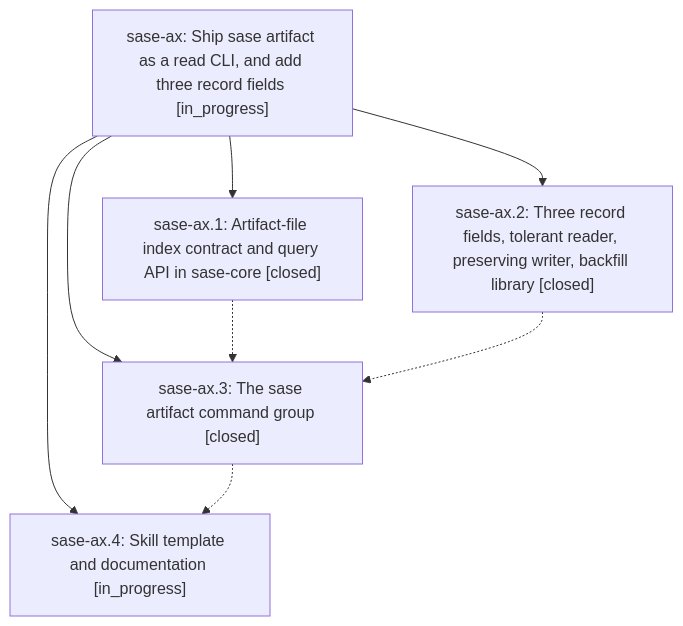
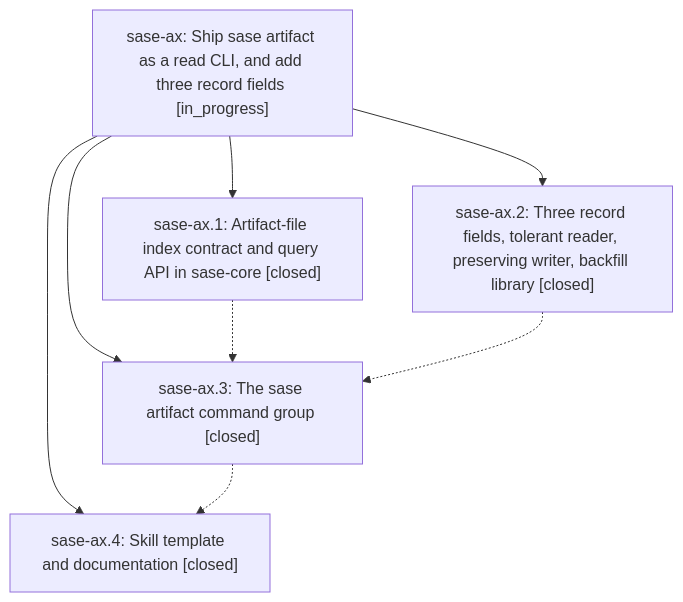
Before and after one commit to sase-org/sase--beads: the diagram in pages/sase-ax/README.md, drawn with Mermaid. The commit also changed other lines of this file and 2 other files, not shown here.

First line of the commit message:
chore(beads): sync bead state and pages for sase-ax

````diff
--- a/pages/sase-ax/README.md
+++ b/pages/sase-ax/README.md
@@ -25,15 +25,15 @@
 ```mermaid
 flowchart TD
     n0["sase-ax: Ship sase artifact as a read CLI, and add three record fields [in_progress]"]
     n1["sase-ax.1: Artifact-file index contract and query API in sase-core [closed]"]
     n2["sase-ax.2: Three record fields, tolerant reader, preserving writer, backfill library [closed]"]
     n3["sase-ax.3: The sase artifact command group [closed]"]
-    n4["sase-ax.4: Skill template and documentation [in_progress]"]
+    n4["sase-ax.4: Skill template and documentation [closed]"]
     n0 --> n1
     n0 --> n2
     n0 --> n3
     n0 --> n4
     n1 -.-> n3
     n2 -.-> n3
     n3 -.-> n4
 ```
````
